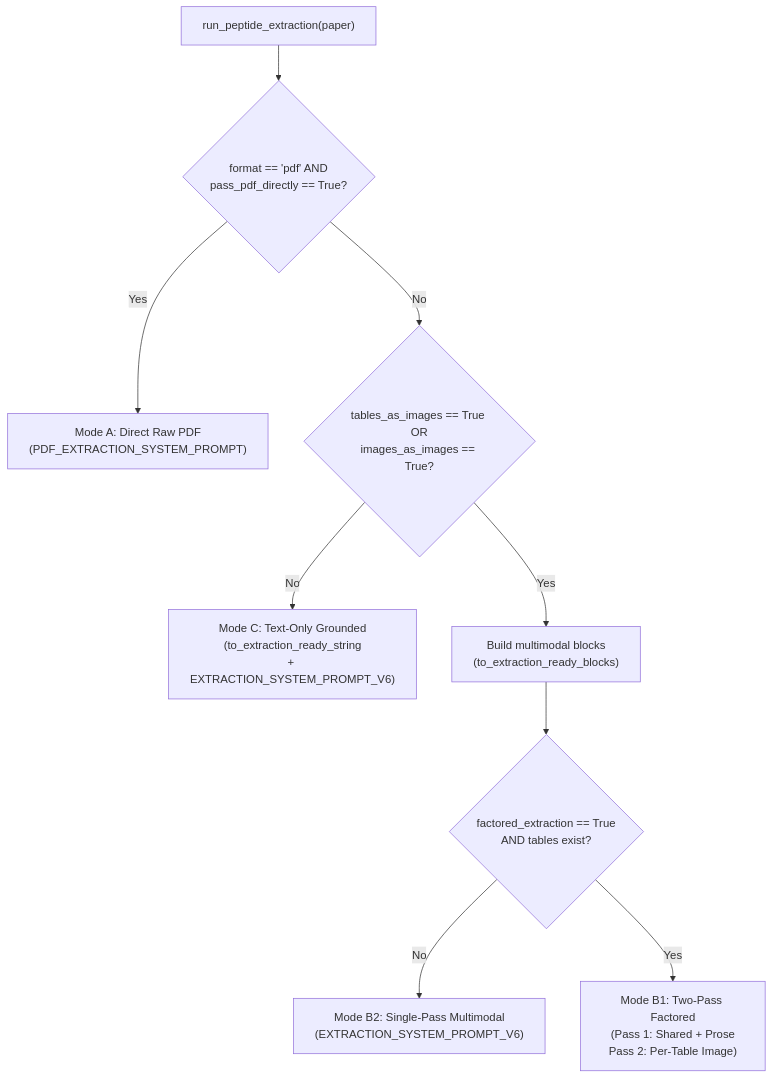
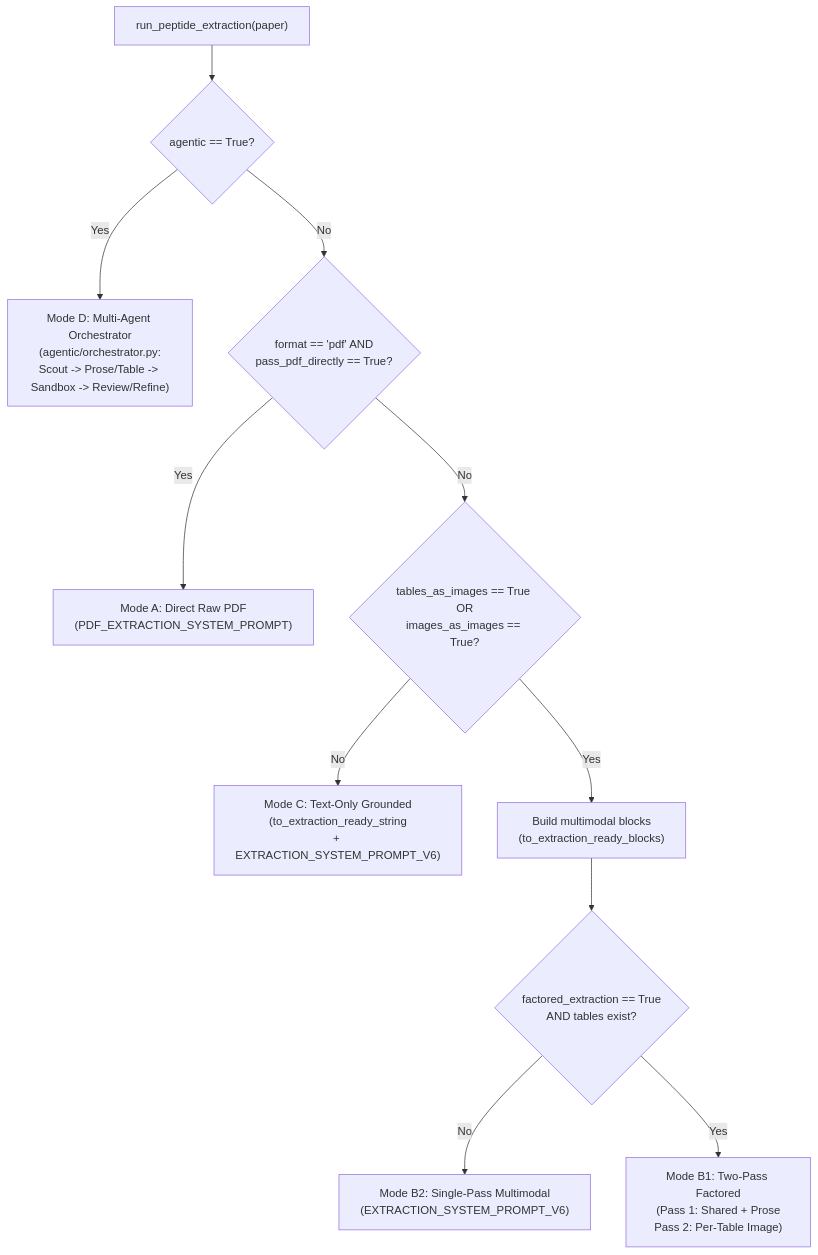
Before and after one commit to can-ersoyy/LLM-Supported-Evidence-Extraction-for-Peptide-Self-Assembly-Research: the diagram in docs/project_notes/llm_methods.md, drawn with Mermaid. The commit also changed other lines of this file and 2 other files, not shown here.

Commit message:
docs: add dedicated agentic_extraction.md and update architecture/llm_methods docs

````diff
--- a/docs/project_notes/llm_methods.md
+++ b/docs/project_notes/llm_methods.md
@@ -52,13 +52,15 @@
 ```mermaid
 flowchart TD
-    START["run_peptide_extraction(paper)"] --> CHK1{"format == 'pdf' AND\npass_pdf_directly == True?"}
+    START["run_peptide_extraction(paper)"] --> CHK0{"agentic == True?"}
+    CHK0 -->|"Yes"| MODE_D["Mode D: Multi-Agent Orchestrator\n(agentic/orchestrator.py:\nScout -> Prose/Table -> Sandbox -> Review/Refine)"]
+    CHK0 -->|"No"| CHK1{"format == 'pdf' AND\npass_pdf_directly == True?"}
     CHK1 -->|"Yes"| MODE_A["Mode A: Direct Raw PDF\n(PDF_EXTRACTION_SYSTEM_PROMPT)"]
     CHK1 -->|"No"| CHK2{"tables_as_images == True OR\nimages_as_images == True?"}
 
     CHK2 -->|"No"| MODE_C["Mode C: Text-Only Grounded\n(to_extraction_ready_string\n+ EXTRACTION_SYSTEM_PROMPT_V6)"]
 
     CHK2 -->|"Yes"| BLK["Build multimodal blocks\n(to_extraction_ready_blocks)"]
     BLK --> CHK3{"factored_extraction == True\nAND tables exist?"}
     CHK3 -->|"No"| MODE_B2["Mode B2: Single-Pass Multimodal\n(EXTRACTION_SYSTEM_PROMPT_V6)"]
     CHK3 -->|"Yes"| MODE_B1["Mode B1: Two-Pass Factored\n(Pass 1: Shared + Prose\nPass 2: Per-Table Image)"]
 ```
````
